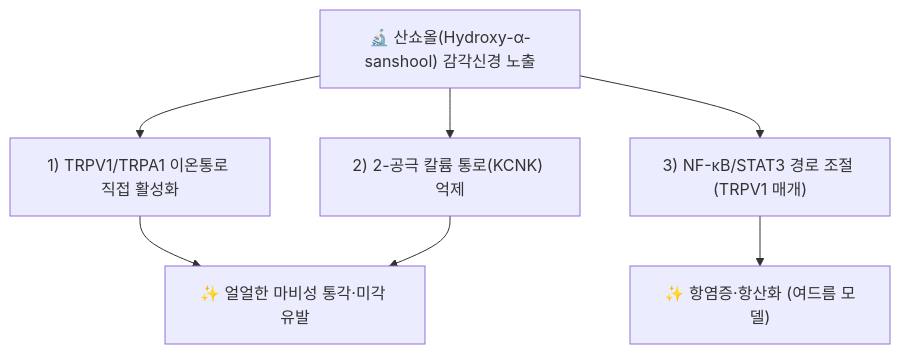
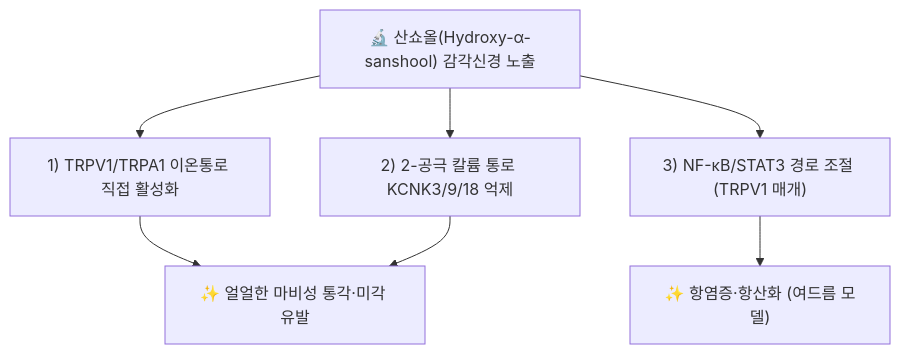
The diagram in content/2. 약리 공부/약리성분/산쇼올.md (simbio11/simbio-digital-garden2), drawn with Mermaid before and after one commit. The commit also changed other lines of this file and 463 other files, not shown here.

````diff
--- a/content/2. 약리 공부/약리성분/산쇼올.md
+++ b/content/2. 약리 공부/약리성분/산쇼올.md
@@ -55,9 +67,9 @@
 ```mermaid
 graph TD
     Compound["🔬 산쇼올(Hydroxy-α-sanshool) 감각신경 노출"] --> Target1["1) TRPV1/TRPA1 이온통로 직접 활성화"]
-    Compound --> Target2["2) 2-공극 칼륨 통로(KCNK) 억제"]
+    Compound --> Target2["2) 2-공극 칼륨 통로 KCNK3/9/18 억제"]
     Target1 --> Outcome1["✨ 얼얼한 마비성 통각·미각 유발"]
     Target2 --> Outcome1
     Compound --> Target3["3) NF-κB/STAT3 경로 조절 (TRPV1 매개)"]
     Target3 --> Outcome2["✨ 항염증·항산화 (여드름 모델)"]
 ```
````
